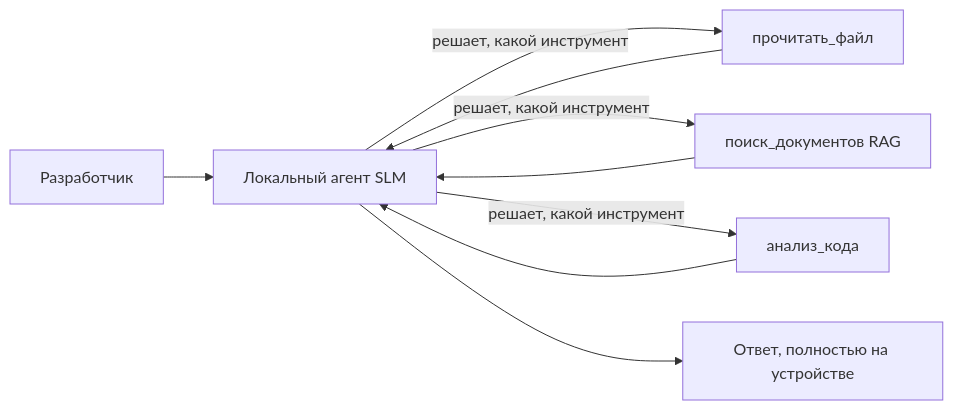
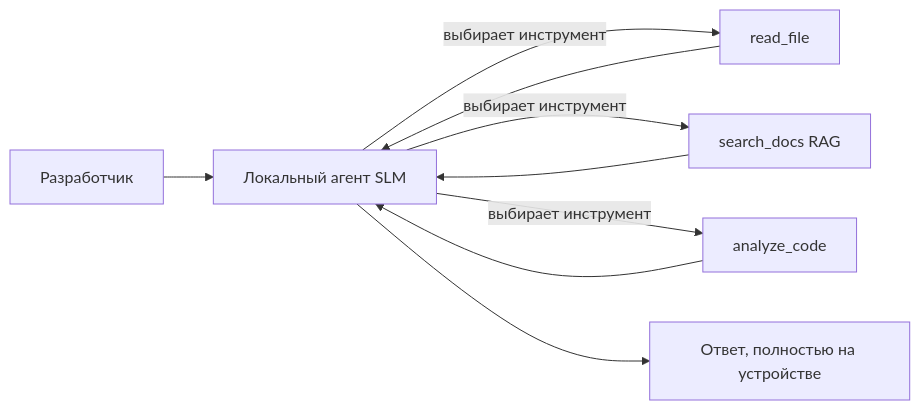
Before and after one commit to gabrielmoreira/agent-skills-mirror: the first of 4 diagrams in mirrors/repos/microsoft@ai-agents-for-beginners/translations/ru/17-creating-local-ai-agents/README.md, drawn with Mermaid. The commit also changed other lines of this file and 4262 other files, not shown here.

````diff
--- a/mirrors/repos/microsoft@ai-agents-for-beginners/translations/ru/17-creating-local-ai-agents/README.md
+++ b/mirrors/repos/microsoft@ai-agents-for-beginners/translations/ru/17-creating-local-ai-agents/README.md
@@ -66,11 +66,11 @@
 ```mermaid
 flowchart LR
     U[Разработчик] --> A[Локальный агент SLM]
-    A -->|решает, какой инструмент| T1[прочитать_файл]
-    A -->|решает, какой инструмент| T2[поиск_документов RAG]
-    A -->|решает, какой инструмент| T3[анализ_кода]
+    A -->|выбирает инструмент| T1[read_file]
+    A -->|выбирает инструмент| T2[search_docs RAG]
+    A -->|выбирает инструмент| T3[analyze_code]
     T1 --> A
     T2 --> A
     T3 --> A
     A --> R[Ответ, полностью на устройстве]
 ```
````
